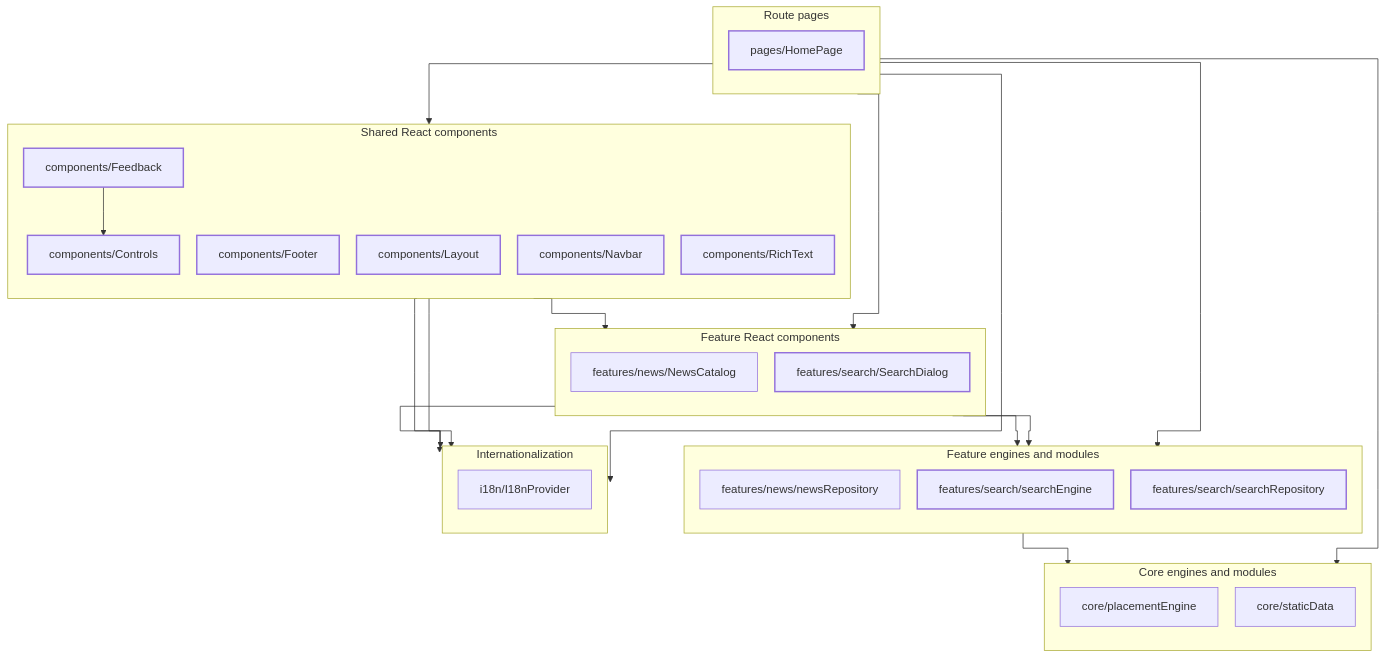
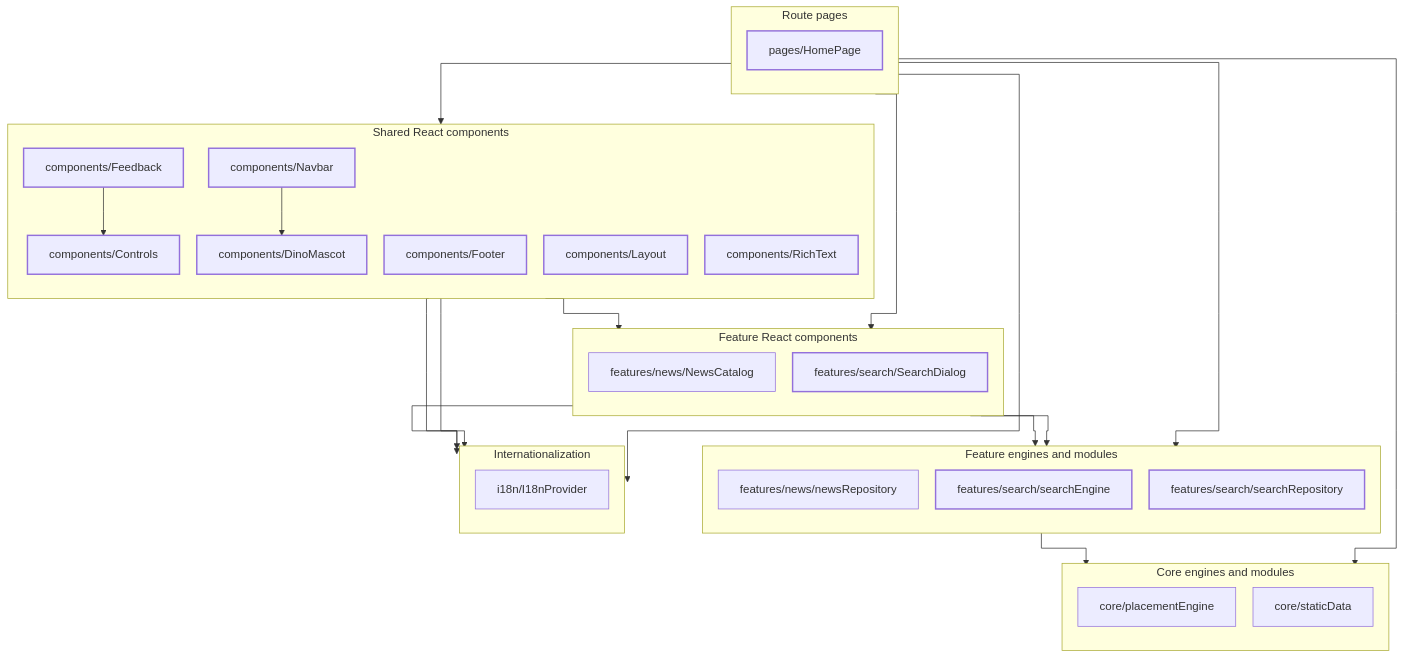
The third of 9 diagrams in docs/dependency-graph.md (temsahak-rgb/Dino-5monde), drawn with Mermaid before and after one commit. The commit also changed other lines of this file and 12 other files, not shown here.

````diff
--- a/docs/dependency-graph.md
+++ b/docs/dependency-graph.md
@@ -146,51 +146,53 @@
 ```mermaid
 %%{init: {"flowchart": {"curve": "stepAfter", "nodeSpacing": 24, "rankSpacing": 42}}}%%
 flowchart TB
     classDef focus stroke-width:2px
     subgraph S4["Route pages"]
         direction TB
         M0["pages/HomePage"]:::focus
     end
     subgraph S5["Shared React components"]
         direction TB
         M1["components/Controls"]:::focus
-        M2["components/Feedback"]:::focus
-        M3["components/Footer"]:::focus
-        M4["components/Layout"]:::focus
-        M5["components/Navbar"]:::focus
-        M6["components/RichText"]:::focus
+        M2["components/DinoMascot"]:::focus
+        M3["components/Feedback"]:::focus
+        M4["components/Footer"]:::focus
+        M5["components/Layout"]:::focus
+        M6["components/Navbar"]:::focus
+        M7["components/RichText"]:::focus
     end
     subgraph S6["Feature React components"]
         direction TB
-        M7["features/news/NewsCatalog"]
-        M8["features/search/SearchDialog"]:::focus
+        M8["features/news/NewsCatalog"]
+        M9["features/search/SearchDialog"]:::focus
     end
     subgraph S7["Feature engines and modules"]
         direction TB
-        M9["features/news/newsRepository"]
-        M10["features/search/searchEngine"]:::focus
-        M11["features/search/searchRepository"]:::focus
+        M10["features/news/newsRepository"]
+        M11["features/search/searchEngine"]:::focus
+        M12["features/search/searchRepository"]:::focus
     end
     subgraph S8["Core engines and modules"]
         direction TB
-        M12["core/placementEngine"]
-        M13["core/staticData"]
+        M13["core/placementEngine"]
+        M14["core/staticData"]
     end
     subgraph S9["Internationalization"]
         direction TB
-        M14["i18n/I18nProvider"]
+        M15["i18n/I18nProvider"]
     end
-    M8 --> M10
-    M8 --> M11
-    M8 --> M14
-    M11 --> M13
-    M0 --> M12
-    M0 --> M7
-    M0 --> M9
-    M0 --> M14
-    M0 --> M4
-    M2 --> M1
-    M3 --> M14
-    M5 --> M8
-    M5 --> M14
+    M9 --> M11
+    M9 --> M12
+    M9 --> M15
+    M12 --> M14
+    M0 --> M13
+    M0 --> M8
+    M0 --> M10
+    M0 --> M15
+    M0 --> M5
+    M3 --> M1
+    M4 --> M15
+    M6 --> M9
+    M6 --> M15
+    M6 --> M2
 ```
````
